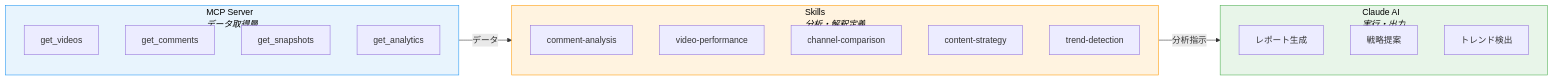
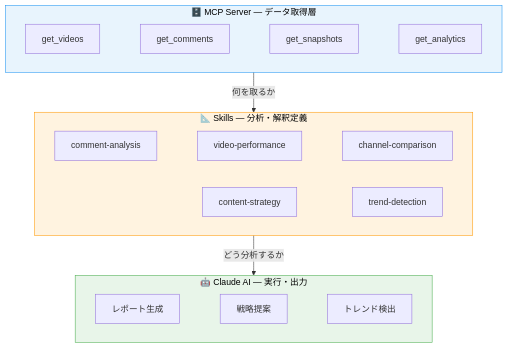
The diagram in README.md (samurai-partners/skills-library), drawn with Mermaid before and after one commit.

Commit message:
docs: change diagram to top-down layout for readability

````diff
--- a/README.md
+++ b/README.md
@@ -8,29 +8,24 @@
 ```mermaid
-graph LR
-    subgraph MCP["MCP Server<br/><i>データ取得層</i>"]
-        M1[get_videos]
-        M2[get_comments]
-        M3[get_snapshots]
-        M4[get_analytics]
+graph TD
+    subgraph MCP["🗄️ MCP Server — データ取得層"]
+        direction LR
+        M1[get_videos] ~~~ M2[get_comments] ~~~ M3[get_snapshots] ~~~ M4[get_analytics]
     end
 
-    subgraph Skills["Skills<br/><i>分析・解釈定義</i>"]
-        S1[comment-analysis]
-        S2[video-performance]
-        S3[channel-comparison]
-        S4[content-strategy]
-        S5[trend-detection]
+    subgraph Skills["📐 Skills — 分析・解釈定義"]
+        direction LR
+        S1[comment-analysis] ~~~ S2[video-performance] ~~~ S3[channel-comparison]
+        S4[content-strategy] ~~~ S5[trend-detection]
     end
 
-    subgraph Claude["Claude AI<br/><i>実行・出力</i>"]
-        C1[レポート生成]
-        C2[戦略提案]
-        C3[トレンド検出]
+    subgraph Claude["🤖 Claude AI — 実行・出力"]
+        direction LR
+        C1[レポート生成] ~~~ C2[戦略提案] ~~~ C3[トレンド検出]
     end
 
-    MCP -->|データ| Skills -->|分析指示| Claude
+    MCP -- "何を取るか" --> Skills -- "どう分析するか" --> Claude
 
     style MCP fill:#e8f4fd,stroke:#2196F3,color:#000
     style Skills fill:#fff3e0,stroke:#FF9800,color:#000
     style Claude fill:#e8f5e9,stroke:#4CAF50,color:#000
 ```
````
